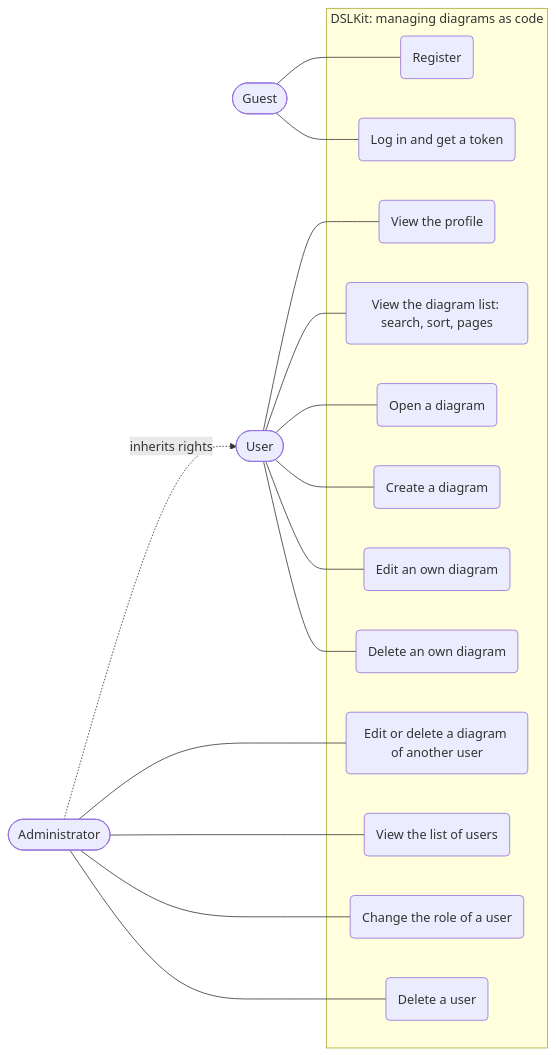
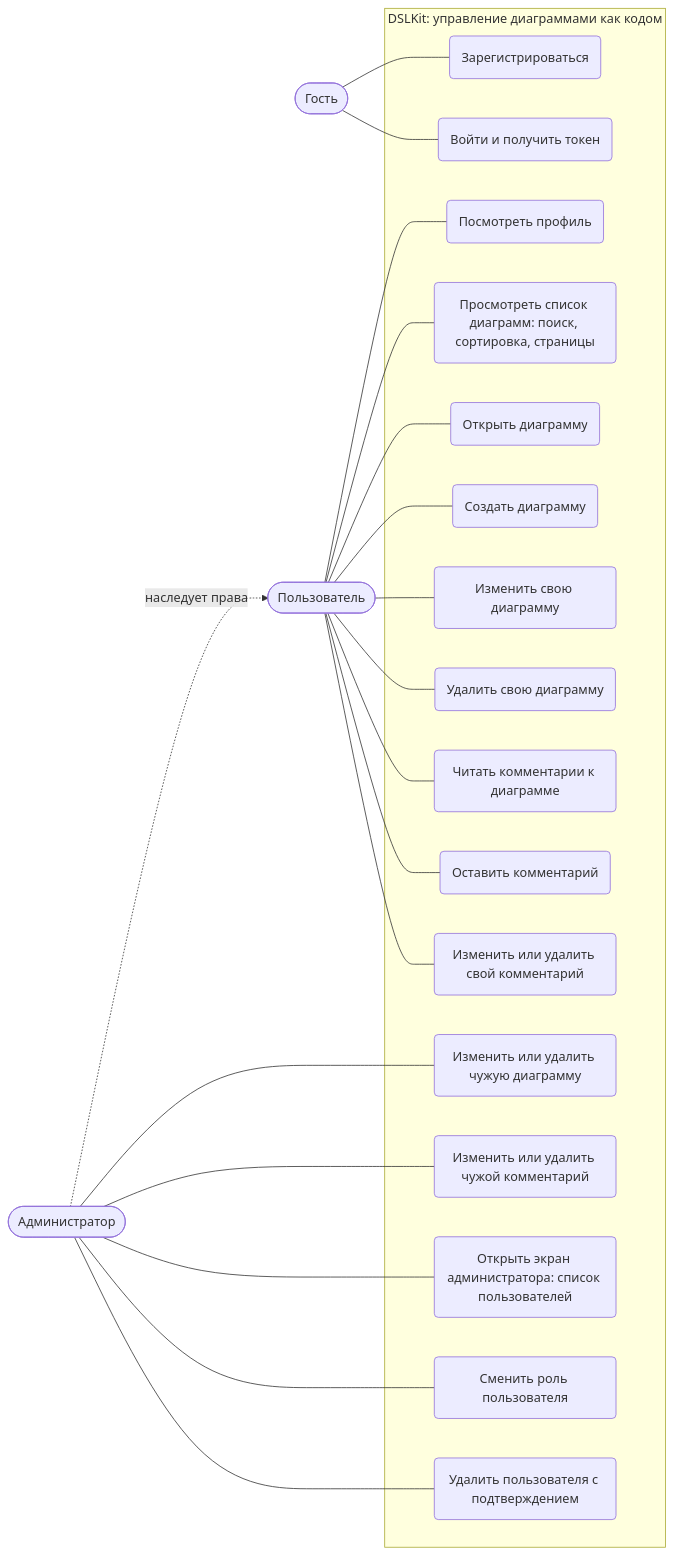
One commit to KsushaKhadzhinova/DSLKit-Project changed the first of 4 diagrams in course-project/note.en.md. Above: the diagram before and after it, drawn with Mermaid. The commit also changed other lines of this file and 7 other files, not shown here.

````diff
--- a/course-project/note.en.md
+++ b/course-project/note.en.md
@@ -742,33 +877,41 @@
 ```mermaid
 flowchart LR
-  guest(["Guest"])
-  user(["User"])
-  admin(["Administrator"])
-  subgraph sys ["DSLKit: managing diagrams as code"]
-    uc1("Register")
-    uc2("Log in and get a token")
-    uc3("View the profile")
-    uc4("View the diagram list: search, sort, pages")
-    uc5("Open a diagram")
-    uc6("Create a diagram")
-    uc7("Edit an own diagram")
-    uc8("Delete an own diagram")
-    uc9("Edit or delete a diagram of another user")
-    uc10("View the list of users")
-    uc11("Change the role of a user")
-    uc12("Delete a user")
+  guest(["Гость"])
+  user(["Пользователь"])
+  admin(["Администратор"])
+  subgraph sys ["DSLKit: управление диаграммами как кодом"]
+    uc1("Зарегистрироваться")
+    uc2("Войти и получить токен")
+    uc3("Посмотреть профиль")
+    uc4("Просмотреть список диаграмм: поиск, сортировка, страницы")
+    uc5("Открыть диаграмму")
+    uc6("Создать диаграмму")
+    uc7("Изменить свою диаграмму")
+    uc8("Удалить свою диаграмму")
+    uc13("Читать комментарии к диаграмме")
+    uc14("Оставить комментарий")
+    uc15("Изменить или удалить свой комментарий")
+    uc9("Изменить или удалить чужую диаграмму")
+    uc16("Изменить или удалить чужой комментарий")
+    uc10("Открыть экран администратора: список пользователей")
+    uc11("Сменить роль пользователя")
+    uc12("Удалить пользователя с подтверждением")
   end
   guest --- uc1
   guest --- uc2
   user --- uc3
   user --- uc4
   user --- uc5
   user --- uc6
   user --- uc7
   user --- uc8
+  user --- uc13
+  user --- uc14
+  user --- uc15
   admin --- uc9
+  admin --- uc16
   admin --- uc10
   admin --- uc11
   admin --- uc12
-  admin -. "inherits rights" .-> user
+  admin -. "наследует права" .-> user
 ```
````
